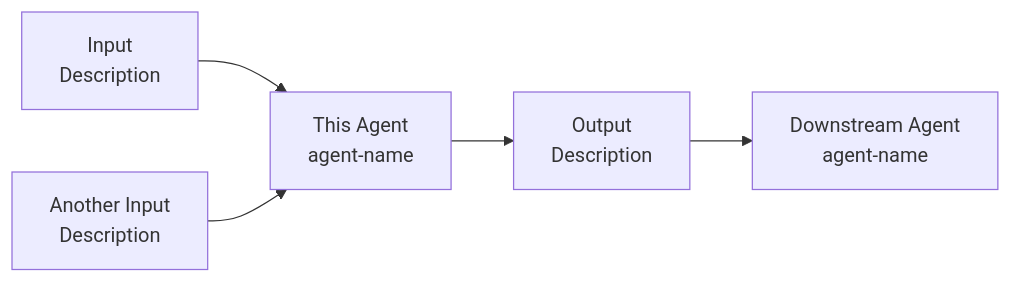
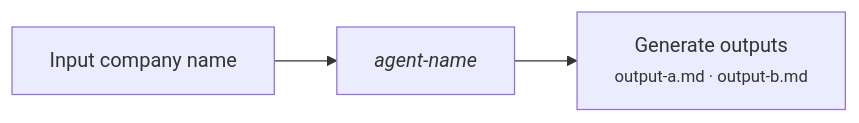
Before and after one commit to saumyavasuthevan/Claude-Research-Analyst: the diagram in .claude/commands/update-portfolio.md, drawn with Mermaid. The commit also changed other lines of this file and 1 other file, not shown here.

````diff
--- a/.claude/commands/update-portfolio.md
+++ b/.claude/commands/update-portfolio.md
@@ -111,7 +116,5 @@
 ```mermaid
 flowchart LR
-    A["Input\nDescription"] --> B["This Agent\nagent-name"]
-    C["Another Input\nDescription"] --> B
-    B --> D["Output\nDescription"]
-    D --> E["Downstream Agent\nagent-name"]
+    A["Input company name"] --> B["<i>agent-name</i>"]
+    B --> C["Generate outputs<br/><small>output-a.md · output-b.md</small>"]
 ```
````
